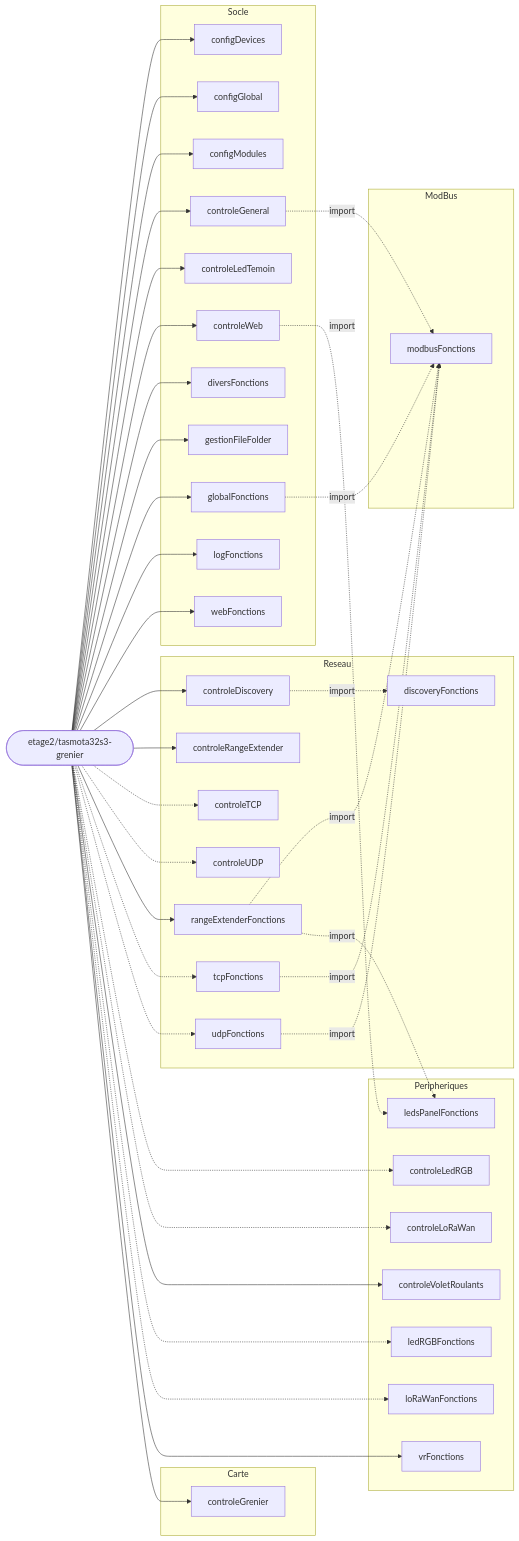
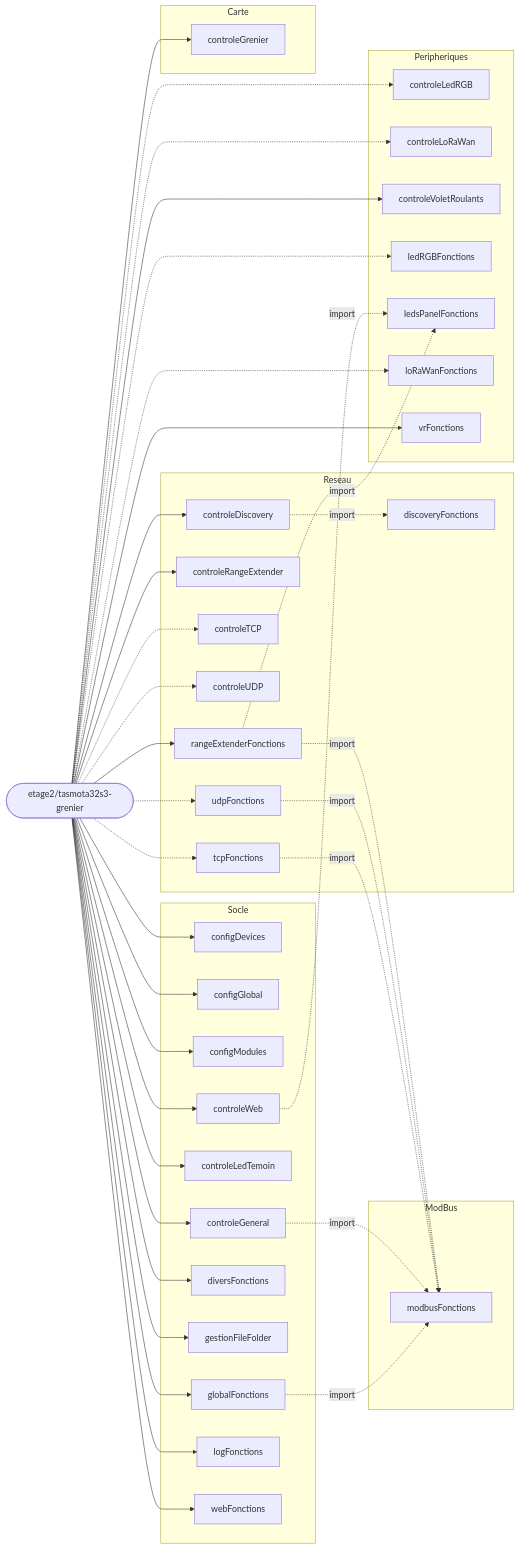
One commit to fdaubercy/Tasmota changed the fourth of 8 diagrams in outils_docs/CARTE_MODULES_BERRY.md. Above: the diagram before and after it, drawn with Mermaid. The commit also changed other lines of this file and 12 other files, not shown here.

````diff
--- a/outils_docs/CARTE_MODULES_BERRY.md
+++ b/outils_docs/CARTE_MODULES_BERRY.md
@@ -304,75 +303,75 @@
 ```mermaid
 flowchart LR
     CARTE(["etage2/tasmota32s3-grenier"])
     subgraph g_Socle["Socle"]
         m_configDevices["configDevices"]
         m_configGlobal["configGlobal"]
         m_configModules["configModules"]
         m_controleGeneral["controleGeneral"]
         m_controleLedTemoin["controleLedTemoin"]
         m_controleWeb["controleWeb"]
         m_diversFonctions["diversFonctions"]
         m_gestionFileFolder["gestionFileFolder"]
         m_globalFonctions["globalFonctions"]
         m_logFonctions["logFonctions"]
         m_webFonctions["webFonctions"]
     end
     subgraph g_Reseau["Reseau"]
         m_controleDiscovery["controleDiscovery"]
         m_controleRangeExtender["controleRangeExtender"]
         m_controleTCP["controleTCP"]
         m_controleUDP["controleUDP"]
         m_discoveryFonctions["discoveryFonctions"]
         m_rangeExtenderFonctions["rangeExtenderFonctions"]
         m_tcpFonctions["tcpFonctions"]
         m_udpFonctions["udpFonctions"]
     end
     subgraph g_ModBus["ModBus"]
         m_modbusFonctions["modbusFonctions"]
     end
     subgraph g_Peripheriques["Peripheriques"]
         m_controleLedRGB["controleLedRGB"]
         m_controleLoRaWan["controleLoRaWan"]
         m_controleVoletRoulants["controleVoletRoulants"]
         m_ledRGBFonctions["ledRGBFonctions"]
         m_ledsPanelFonctions["ledsPanelFonctions"]
         m_loRaWanFonctions["loRaWanFonctions"]
         m_vrFonctions["vrFonctions"]
     end
     subgraph g_Carte["Carte"]
         m_controleGrenier["controleGrenier"]
     end
     CARTE --> m_configDevices
     CARTE --> m_configGlobal
     CARTE --> m_configModules
     CARTE --> m_controleGeneral
     CARTE --> m_controleLedTemoin
     CARTE --> m_controleWeb
     CARTE --> m_diversFonctions
     CARTE --> m_gestionFileFolder
     CARTE --> m_globalFonctions
     CARTE --> m_logFonctions
     CARTE --> m_webFonctions
     CARTE --> m_controleDiscovery
     CARTE --> m_controleRangeExtender
     CARTE -.-> m_controleTCP
     CARTE -.-> m_controleUDP
     m_controleDiscovery -.->|import| m_discoveryFonctions
     CARTE --> m_rangeExtenderFonctions
     CARTE -.-> m_tcpFonctions
     CARTE -.-> m_udpFonctions
+    m_controleGeneral -.->|import| m_modbusFonctions
+    m_rangeExtenderFonctions -.->|import| m_modbusFonctions
     m_globalFonctions -.->|import| m_modbusFonctions
-    m_controleGeneral -.->|import| m_modbusFonctions
+    m_udpFonctions -.->|import| m_modbusFonctions
     m_tcpFonctions -.->|import| m_modbusFonctions
-    m_rangeExtenderFonctions -.->|import| m_modbusFonctions
-    m_udpFonctions -.->|import| m_modbusFonctions
     CARTE -.-> m_controleLedRGB
     CARTE -.-> m_controleLoRaWan
     CARTE --> m_controleVoletRoulants
     CARTE -.-> m_ledRGBFonctions
     m_controleWeb -.->|import| m_ledsPanelFonctions
     m_rangeExtenderFonctions -.->|import| m_ledsPanelFonctions
     CARTE -.-> m_loRaWanFonctions
     CARTE --> m_vrFonctions
     CARTE --> m_controleGrenier
 ```
````
